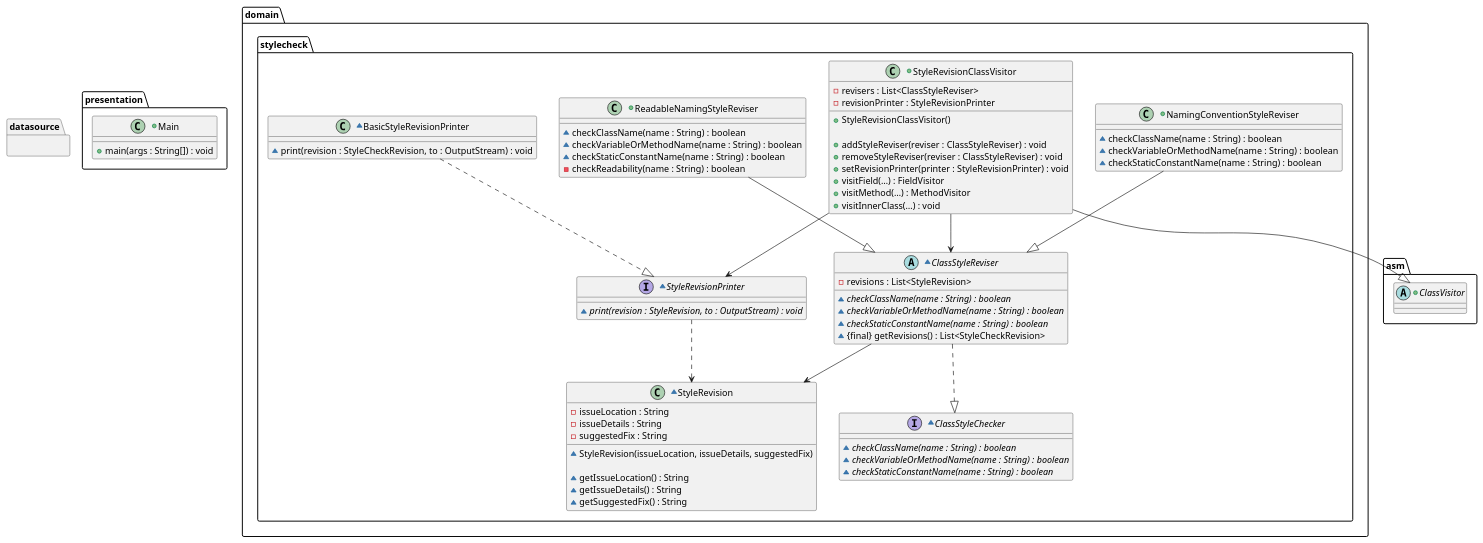
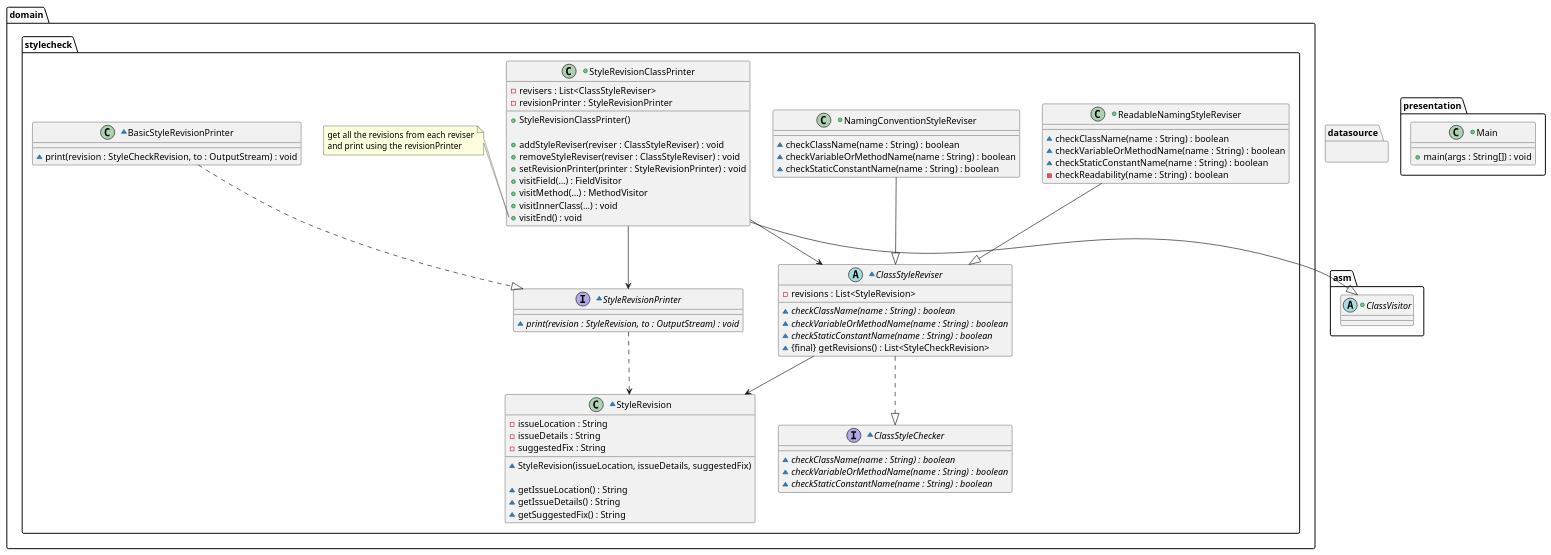
One commit to nu-cs-sw-design/project-20252601-xk-final changed the diagram in docs/design/design.puml. Above: the diagram before and after it, drawn with PlantUML.

Commit message:
Changed class name

```diff
--- a/docs/design/design.puml
+++ b/docs/design/design.puml
@@ -1,107 +1,112 @@
 @startuml
 package presentation
 {
     +class Main
     {
         +main(args : String[]) : void
     }
 }
 
 package domain
 {
     package stylecheck
     {
-        +class StyleRevisionClassVisitor
+        +class StyleRevisionClassPrinter
         {
             -revisers : List<ClassStyleReviser>
             -revisionPrinter : StyleRevisionPrinter
 
-            +StyleRevisionClassVisitor()
+            +StyleRevisionClassPrinter()
 
             +addStyleReviser(reviser : ClassStyleReviser) : void
             +removeStyleReviser(reviser : ClassStyleReviser) : void
             +setRevisionPrinter(printer : StyleRevisionPrinter) : void
             +visitField(…) : FieldVisitor
             +visitMethod(…) : MethodVisitor
             +visitInnerClass(…) : void
+            +visitEnd() : void
         }
+        note left of StyleRevisionClassPrinter::visitEnd
+          get all the revisions from each reviser
+          and print using the revisionPrinter
+        end note
 
         ~interface ClassStyleChecker
         {
             ~{abstract} checkClassName(name : String) : boolean
             ~{abstract} checkVariableOrMethodName(name : String) : boolean
             ~{abstract} checkStaticConstantName(name : String) : boolean
         }
 
         ~abstract class ClassStyleReviser
         {
             -revisions : List<StyleRevision>
 
             ~{abstract} checkClassName(name : String) : boolean
             ~{abstract} checkVariableOrMethodName(name : String) : boolean
             ~{abstract} checkStaticConstantName(name : String) : boolean
             ~{final} getRevisions() : List<StyleCheckRevision>
         }
 
         +class NamingConventionStyleReviser
         {
             ~checkClassName(name : String) : boolean
             ~checkVariableOrMethodName(name : String) : boolean
             ~checkStaticConstantName(name : String) : boolean
         }
 
         +class ReadableNamingStyleReviser
         {
             ~checkClassName(name : String) : boolean
             ~checkVariableOrMethodName(name : String) : boolean
             ~checkStaticConstantName(name : String) : boolean
             -checkReadability(name : String) : boolean
         }
 
         ~class StyleRevision
         {
             -issueLocation : String
             -issueDetails : String
             -suggestedFix : String
 
             ~StyleRevision(issueLocation, issueDetails, suggestedFix)
 
             ~getIssueLocation() : String
             ~getIssueDetails() : String
             ~getSuggestedFix() : String
         }
 
         ~interface StyleRevisionPrinter
         {
             ~{abstract} print(revision : StyleRevision, to : OutputStream) : void
         }
 
         ~class BasicStyleRevisionPrinter
         {
             ~print(revision : StyleCheckRevision, to : OutputStream) : void
         }
     }
 }
 
 package datasource
 {
 
 }
 
 package asm
 {
     +abstract class ClassVisitor
     {
     }
 }
 
-StyleRevisionClassVisitor --|> ClassVisitor
-StyleRevisionClassVisitor --> ClassStyleReviser
-StyleRevisionClassVisitor --> StyleRevisionPrinter
+StyleRevisionClassPrinter --|> ClassVisitor
+StyleRevisionClassPrinter --> ClassStyleReviser
+StyleRevisionClassPrinter --> StyleRevisionPrinter
 NamingConventionStyleReviser --|> ClassStyleReviser
 ReadableNamingStyleReviser --|> ClassStyleReviser
 ClassStyleReviser ..|> ClassStyleChecker
 ClassStyleReviser --> StyleRevision
 StyleRevisionPrinter ..> StyleRevision
 BasicStyleRevisionPrinter ..|> StyleRevisionPrinter
 @enduml
```
